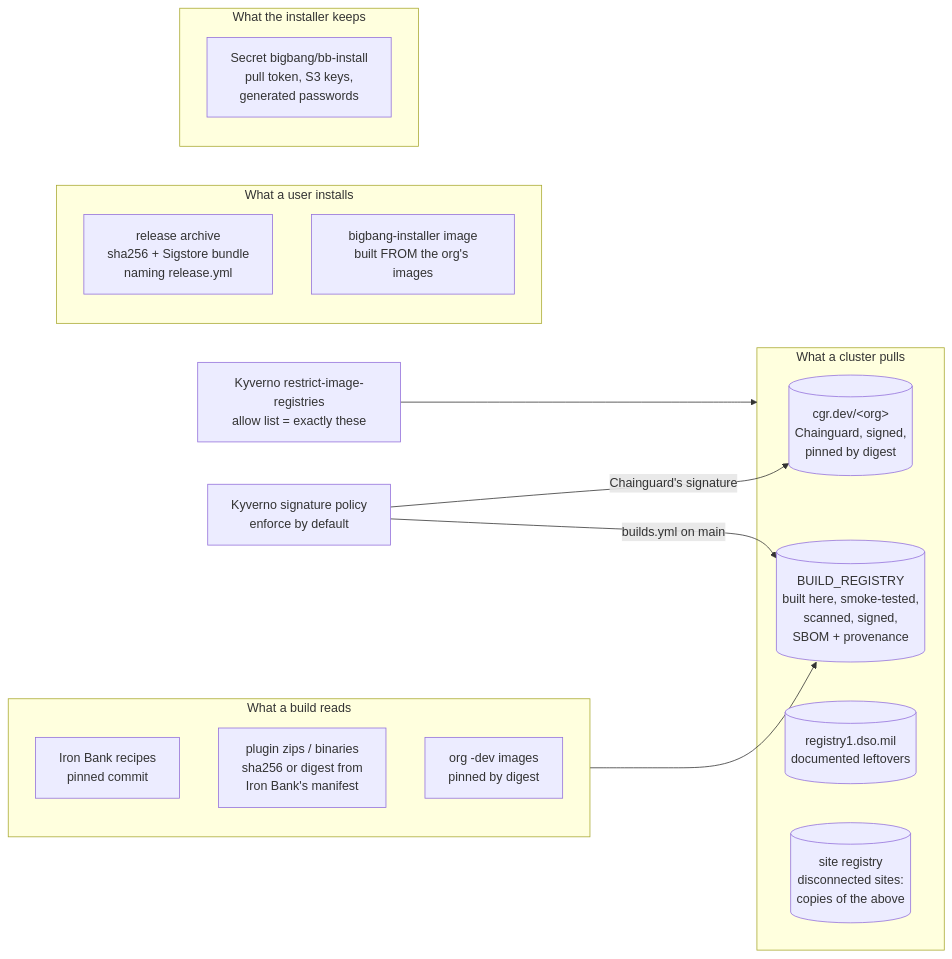
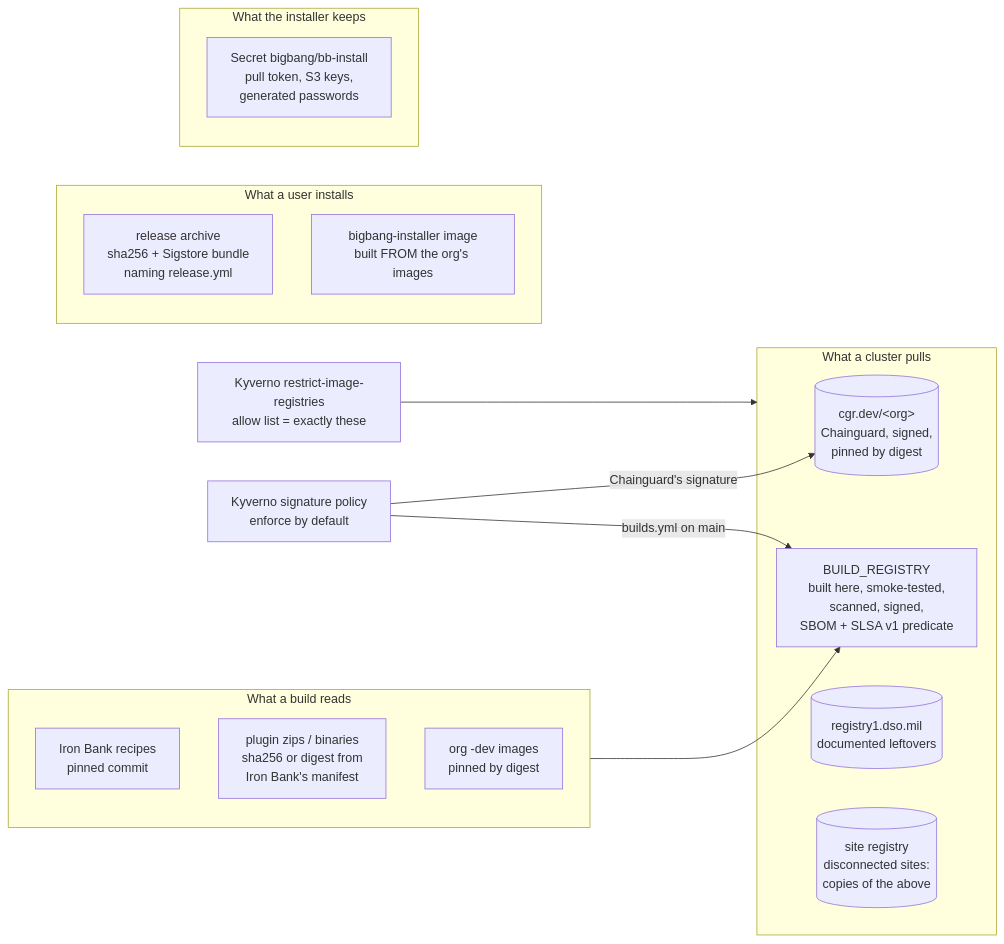
One commit to Zapata-Technology/bigbang-chainguard changed the eighth of 9 diagrams in docs/architecture.md. Above: the diagram before and after it, drawn with Mermaid. The commit also changed other lines of this file and 5 other files, not shown here.

First line of the commit message:
docs: match the diagrams to the smoke set and the results gate

````diff
--- a/docs/architecture.md
+++ b/docs/architecture.md
@@ -298,26 +306,26 @@
 ```mermaid
 flowchart LR
     subgraph trusted[What a cluster pulls]
         CG[(cgr.dev/&lt;org&gt;<br/>Chainguard, signed,<br/>pinned by digest)]
-        BR[(BUILD_REGISTRY<br/>built here, smoke-tested,<br/>scanned, signed,<br/>SBOM + provenance)]
+        BR["BUILD_REGISTRY<br/>built here, smoke-tested,<br/>scanned, signed,<br/>SBOM + SLSA v1 predicate"]
         IBR[(registry1.dso.mil<br/>documented leftovers)]
         SR[(site registry<br/>disconnected sites:<br/>copies of the above)]
     end
     K[Kyverno restrict-image-registries<br/>allow list = exactly these] --> trusted
     S[Kyverno signature policy<br/>enforce by default]
     S --"Chainguard's signature" --> CG
     S -- "builds.yml on main" --> BR
     subgraph build[What a build reads]
         IBRec[Iron Bank recipes<br/>pinned commit]
         Z[plugin zips / binaries<br/>sha256 or digest from<br/>Iron Bank's manifest]
         CGd[org -dev images<br/>pinned by digest]
     end
     build --> BR
     subgraph user[What a user installs]
         REL[release archive<br/>sha256 + Sigstore bundle<br/>naming release.yml]
         INS[bigbang-installer image<br/>built FROM the org's images]
     end
     subgraph state[What the installer keeps]
         SEC[Secret bigbang/bb-install<br/>pull token, S3 keys,<br/>generated passwords]
     end
 ```
````
